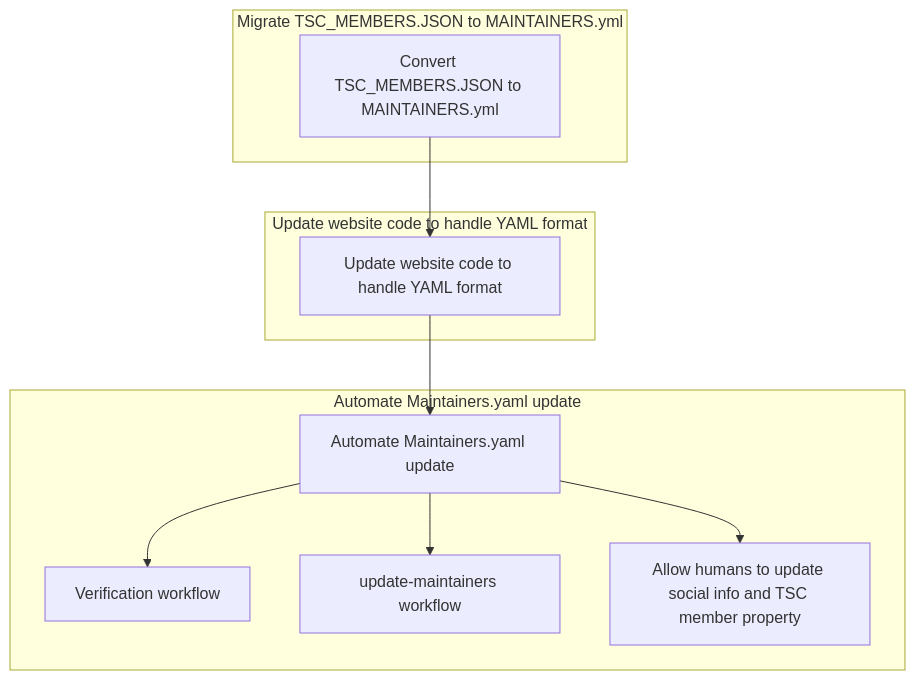
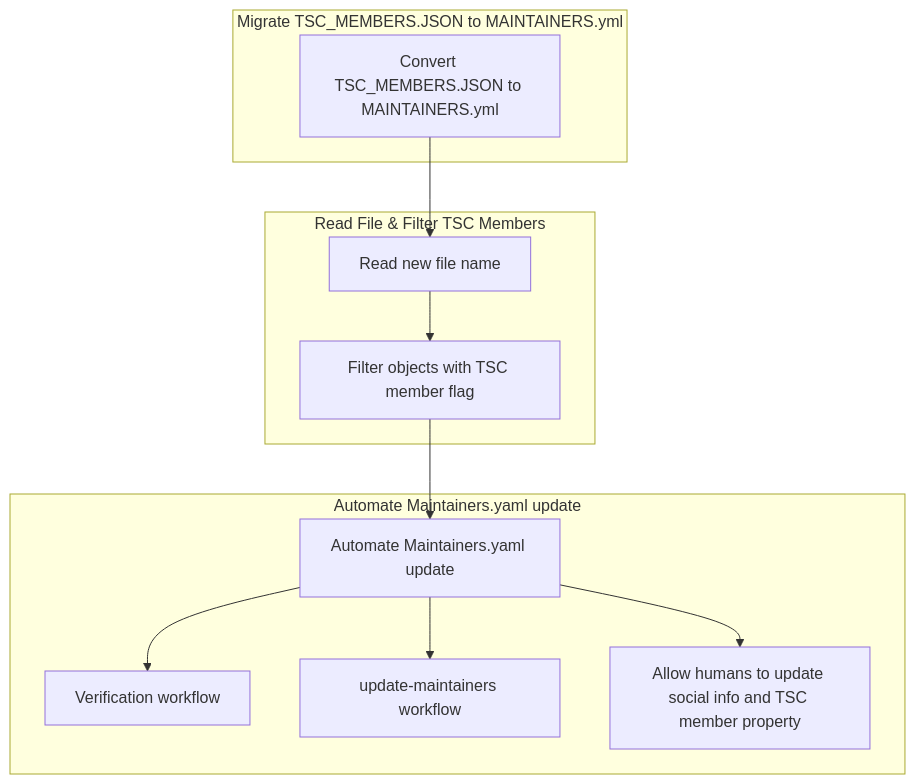
One commit to asyncapi/community changed the first of 12 diagrams in mentorship/summerofcode/2023/workflowautomation/README.md. Above: the diagram before and after it, drawn with Mermaid.

Commit message:
minor fix

````diff
--- a/mentorship/summerofcode/2023/workflowautomation/README.md
+++ b/mentorship/summerofcode/2023/workflowautomation/README.md
@@ -7,24 +7,26 @@
 ```mermaid
 graph TD;
 
 subgraph Migrate TSC_MEMBERS.JSON to MAINTAINERS.yml
     A[Convert TSC_MEMBERS.JSON to MAINTAINERS.yml]
 end
 
-subgraph Update website code to handle YAML format
-    B[Update website code to handle YAML format]
+subgraph Read File & Filter TSC Members
+    B1[Read new file name]
+    B2[Filter objects with TSC member flag]
+    B1 --> B2
 end
 
 subgraph Automate Maintainers.yaml update
     C[Automate Maintainers.yaml update]
     D[Verification workflow]
     E[update-maintainers workflow]
     F[Allow humans to update social info and TSC member property]
 end
 
-A --> B
-B --> C
+A --> B1
+B2 --> C
 C --> D
 C --> E
 C --> F
 ```
````
